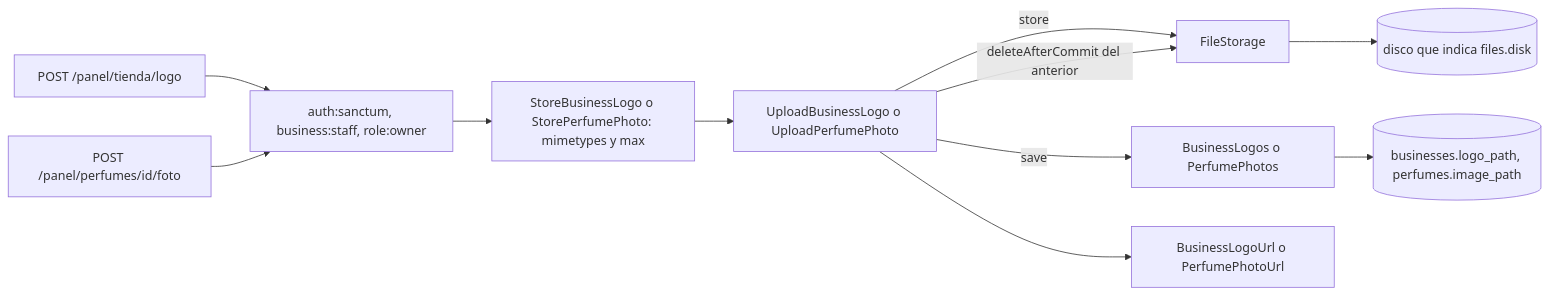
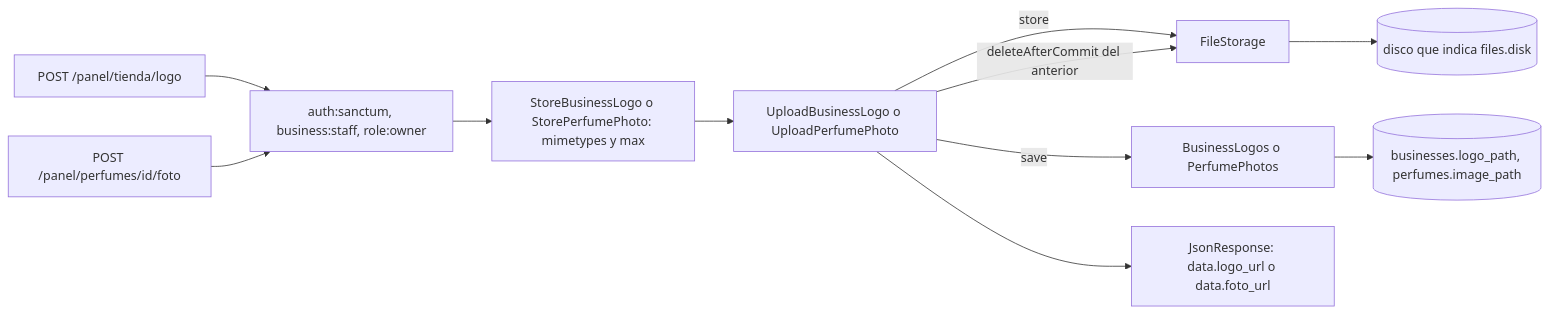
The diagram in docs/LogoAndPerfumePhotoUpload.md (JAguilar4k/ArchivumParfums-Hexagonal), drawn with Mermaid before and after one commit. The commit also changed other lines of this file, not shown here.

First line of the commit message:
docs: update the upload of the logo and the photo after the review

````diff
--- a/docs/LogoAndPerfumePhotoUpload.md
+++ b/docs/LogoAndPerfumePhotoUpload.md
@@ -22,13 +22,13 @@
 ```mermaid
 flowchart LR
     L[POST /panel/tienda/logo] --> M[auth:sanctum, business:staff, role:owner]
     F[POST /panel/perfumes/id/foto] --> M
     M --> Q[StoreBusinessLogo o StorePerfumePhoto: mimetypes y max]
     Q --> U[UploadBusinessLogo o UploadPerfumePhoto]
     U -->|store| S[FileStorage]
     S --> D[(disco que indica files.disk)]
     U -->|save| R[BusinessLogos o PerfumePhotos]
     R --> DB[(businesses.logo_path, perfumes.image_path)]
     U -->|deleteAfterCommit del anterior| S
-    U --> O[BusinessLogoUrl o PerfumePhotoUrl]
+    U --> O[JsonResponse: data.logo_url o data.foto_url]
 ```
````
